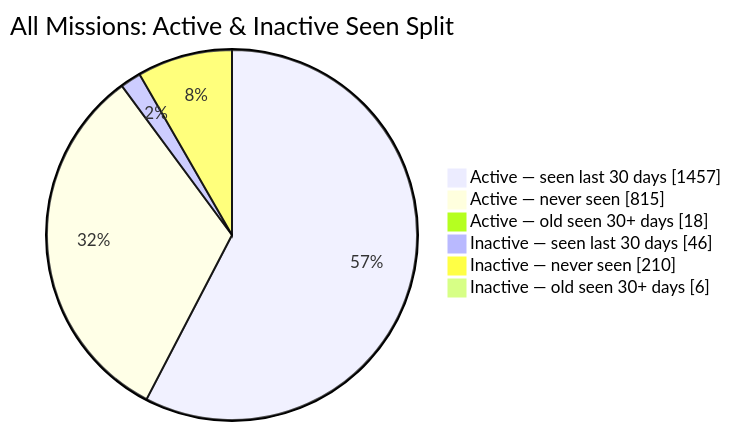
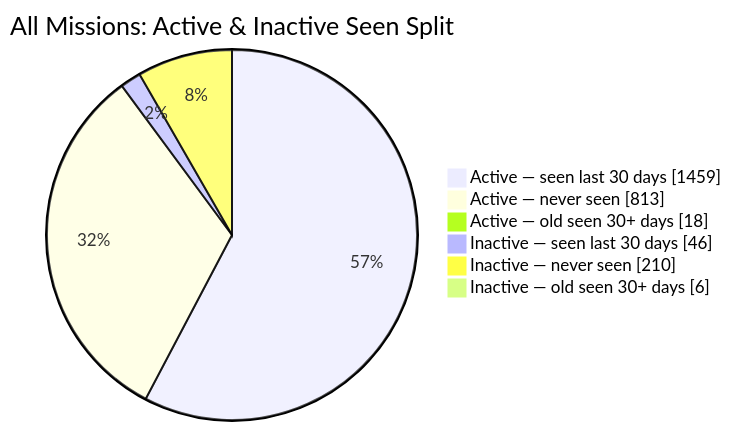
Before and after one commit to MeldkamerspelGameTeam/active-missions: the second of 2 diagrams in README.md, drawn with Mermaid. The commit also changed other lines of this file and 2 other files, not shown here.

````diff
--- a/README.md
+++ b/README.md
@@ -44,10 +44,10 @@
 ```mermaid
 pie showData
     title All Missions: Active & Inactive Seen Split
-    "Active — seen last 30 days" : 1457
-    "Active — never seen" : 815
+    "Active — seen last 30 days" : 1459
+    "Active — never seen" : 813
     "Active — old seen 30+ days" : 18
     "Inactive — seen last 30 days" : 46
     "Inactive — never seen" : 210
     "Inactive — old seen 30+ days" : 6
 ```
````
